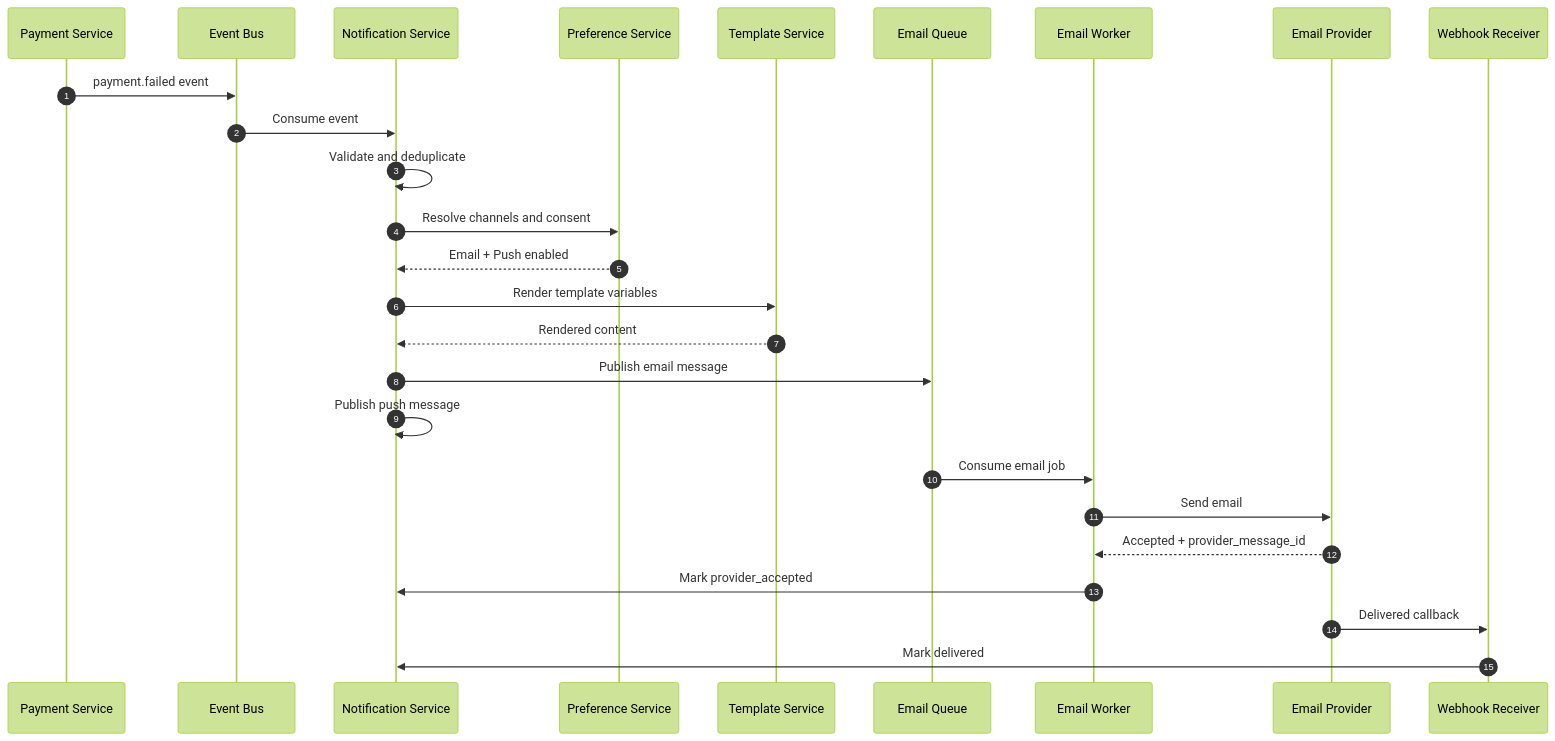
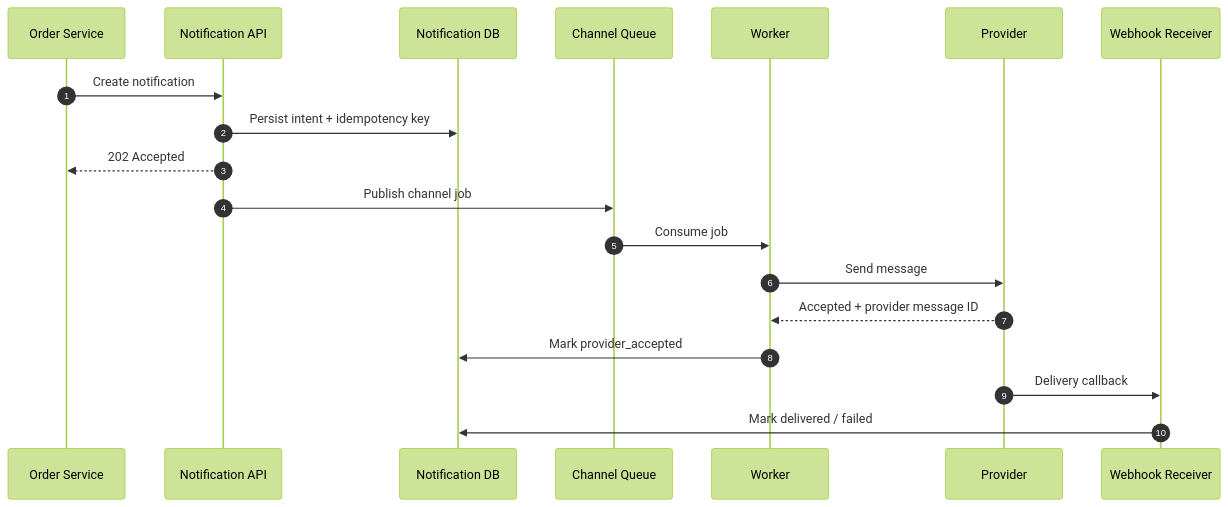
One commit to AvadhBhalodiya/Interview-Preparation changed the third of 10 diagrams in src/content/system-design/notification-system.md. Above: the diagram before and after it, drawn with Mermaid (forest theme). The commit also changed other lines of this file and 54 other files, not shown here.

````diff
--- a/src/content/system-design/notification-system.md
+++ b/src/content/system-design/notification-system.md
@@ -180,29 +160,25 @@
 ```mermaid
 sequenceDiagram
     autonumber
-    participant Pay as Payment Service
-    participant Bus as Event Bus
-    participant N as Notification Service
-    participant Pref as Preference Service
-    participant T as Template Service
-    participant Q as Email Queue
-    participant W as Email Worker
-    participant P as Email Provider
+
+    participant O as Order Service
+    participant N as Notification API
+    participant DB as Notification DB
+    participant Q as Channel Queue
+    participant W as Worker
+    participant P as Provider
     participant H as Webhook Receiver
 
-    Pay->>Bus: payment.failed event
-    Bus->>N: Consume event
-    N->>N: Validate and deduplicate
-    N->>Pref: Resolve channels and consent
-    Pref-->>N: Email + Push enabled
-    N->>T: Render template variables
-    T-->>N: Rendered content
-    N->>Q: Publish email message
-    N->>N: Publish push message
-    Q->>W: Consume email job
-    W->>P: Send email
-    P-->>W: Accepted + provider_message_id
-    W->>N: Mark provider_accepted
-    P->>H: Delivered callback
-    H->>N: Mark delivered
+    O->>N: Create notification
+    N->>DB: Persist intent + idempotency key
+    N-->>O: 202 Accepted
+
+    N->>Q: Publish channel job
+    Q->>W: Consume job
+    W->>P: Send message
+    P-->>W: Accepted + provider message ID
+    W->>DB: Mark provider_accepted
+
+    P->>H: Delivery callback
+    H->>DB: Mark delivered / failed
 ```
````
